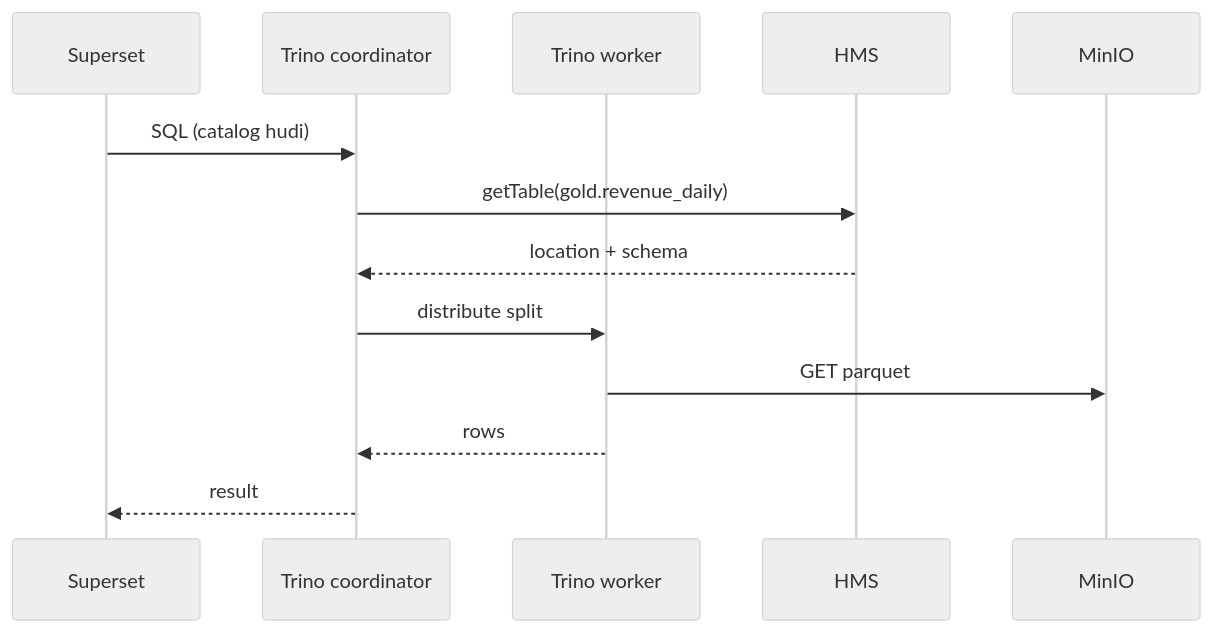
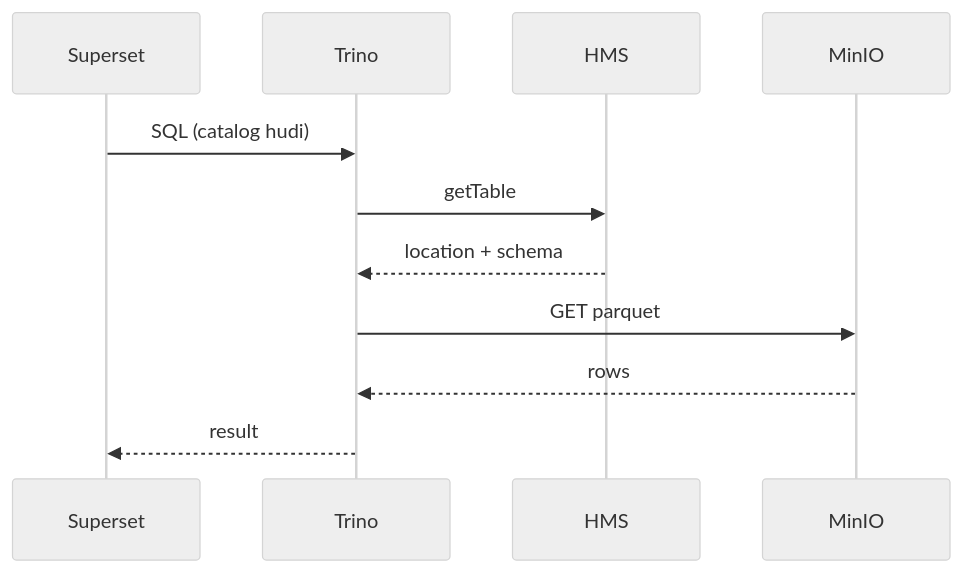
One commit to Alexey-Samodurov/newprolab-de-lab08 changed the eighth of 8 diagrams in docs/01-detailed-architecture.md. Above: the diagram before and after it, drawn with Mermaid (neutral theme). The commit also changed other lines of this file and 2 other files, not shown here.

````diff
--- a/docs/01-detailed-architecture.md
+++ b/docs/01-detailed-architecture.md
@@ -319,16 +276,14 @@
 ```mermaid
 sequenceDiagram
     participant SS as Superset
-    participant T as Trino coordinator
-    participant TW as Trino worker
+    participant T as Trino
     participant HMS
     participant M as MinIO
 
     SS->>T: SQL (catalog hudi)
-    T->>HMS: getTable(gold.revenue_daily)
+    T->>HMS: getTable
     HMS-->>T: location + schema
-    T->>TW: distribute split
-    TW->>M: GET parquet
-    TW-->>T: rows
+    T->>M: GET parquet
+    M-->>T: rows
     T-->>SS: result
 ```
````
